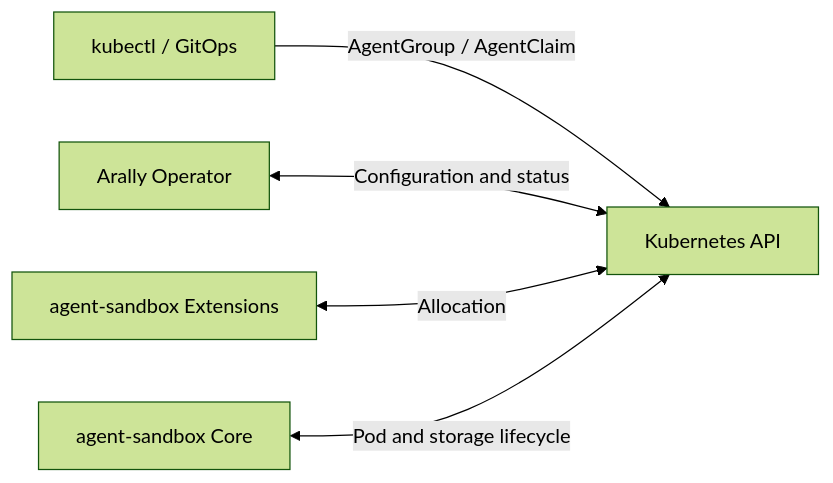
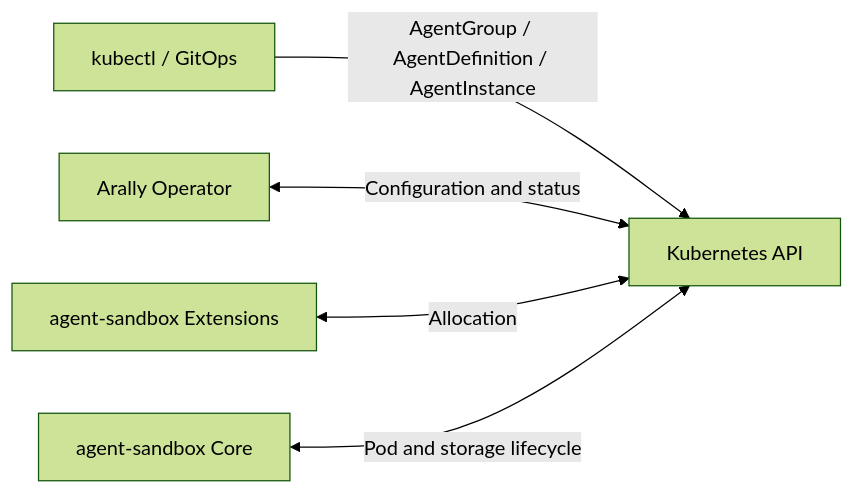
The first of 3 diagrams in docs/architecture.md (chizhang21/agentrally-operator), drawn with Mermaid (forest theme) before and after one commit. The commit also changed other lines of this file and 209 other files, not shown here.

````diff
--- a/docs/architecture.md
+++ b/docs/architecture.md
@@ -24,7 +25,7 @@
 ```mermaid
 flowchart LR
-    U["kubectl / GitOps"] -->|"AgentGroup / AgentClaim"| K["Kubernetes API"]
+    U["kubectl / GitOps"] -->|"AgentGroup / AgentDefinition / AgentInstance"| K["Kubernetes API"]
     A["Arally Operator"] <-->|"Configuration and status"| K
     E["agent-sandbox Extensions"] <-->|"Allocation"| K
     C["agent-sandbox Core"] <-->|"Pod and storage lifecycle"| K
 ```
````
